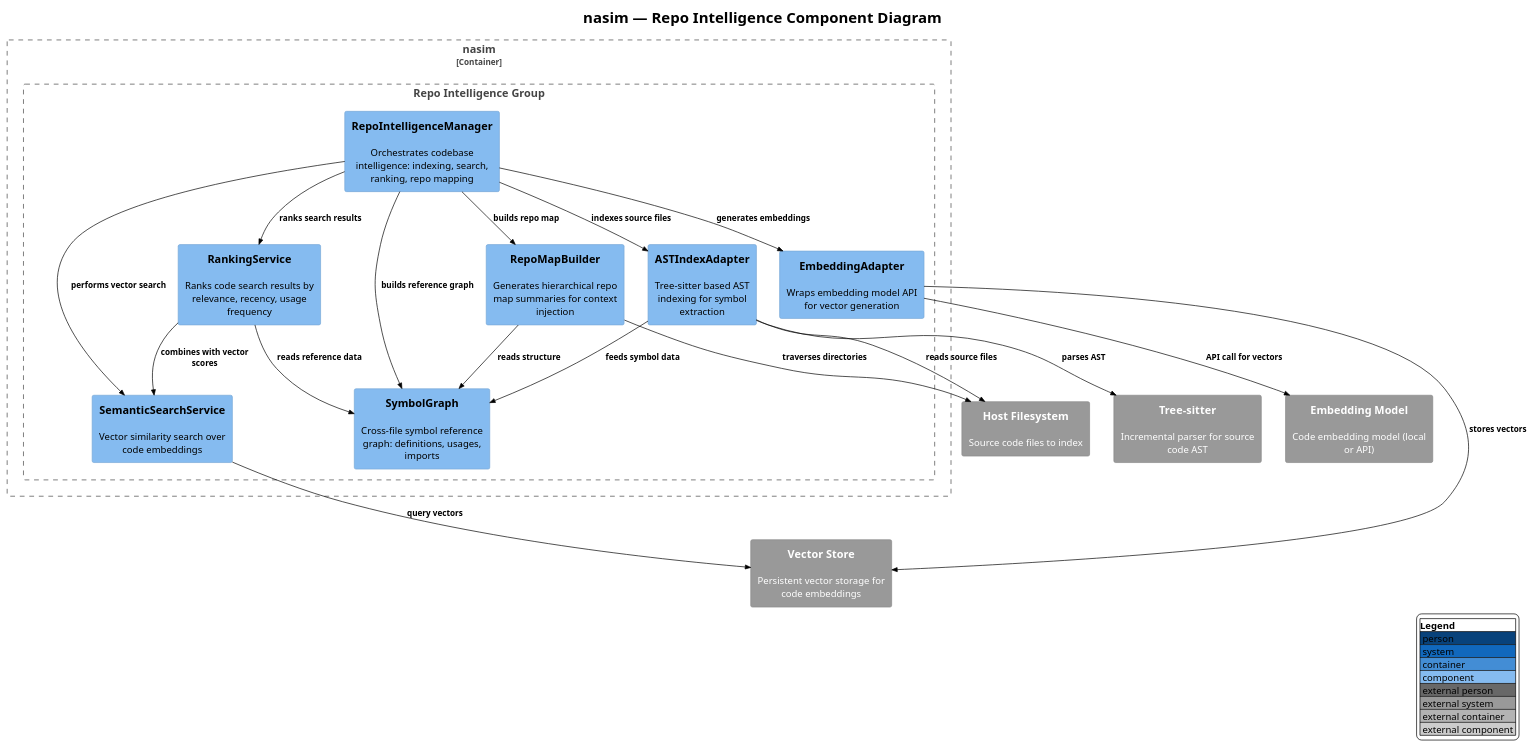
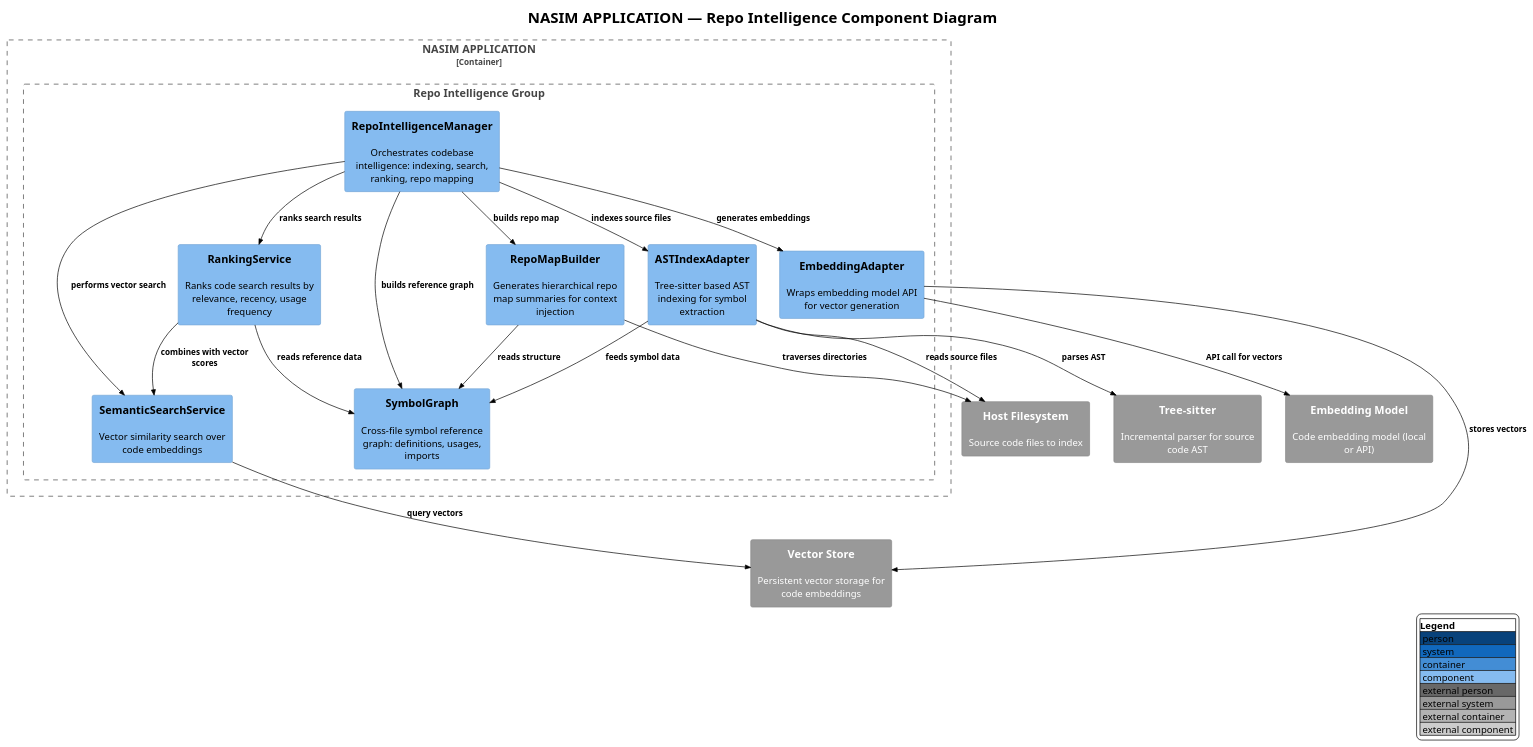
Before and after one commit to salimnamvar/nasim: the diagram in docs/C4/c4_nasim_component_repo_intelligence.puml, drawn with PlantUML. The commit also changed 21 other files, not shown here.

Commit message:
docs: Update C4 diagrams to reflect NASIM APPLICATION branding and improve consistency

```diff
--- a/docs/C4/c4_nasim_component_repo_intelligence.puml
+++ b/docs/C4/c4_nasim_component_repo_intelligence.puml
@@ -1,53 +1,53 @@
 @startuml c4_nasim_component_repo_intelligence
 !include https://raw.githubusercontent.com/plantuml-stdlib/C4-PlantUML/v2.10.0/C4_Component.puml
 !theme plain
 
 
 ' ============================================================
-' Title:     nasim — Repo Intelligence Component Diagram
-' Boundary:  nasim (container) — Repo Intelligence Group
+' Title:     NASIM APPLICATION — Repo Intelligence Component Diagram
+' Boundary:  NASIM APPLICATION (container) — Repo Intelligence Group
 ' Purpose:   Codebase intelligence: AST indexing, symbol graph, semantic search, repo mapping
 ' Milestone: v1.0
 ' Version:   9.0.0
 ' Source:    docs/audit/audit.2026.06.20.deep.domain.audit.md
 ' Review:    —
 ' ============================================================
 
 LAYOUT_WITH_LEGEND()
-title nasim — Repo Intelligence Component Diagram
+title NASIM APPLICATION — Repo Intelligence Component Diagram
 
-Container_Boundary(nasim, "nasim") {
+Container_Boundary(nasim_application, "NASIM APPLICATION") {
     Boundary(repo_intel_group, "Repo Intelligence Group") {
         Component(repo_intel_mgr, "RepoIntelligenceManager", "", "Orchestrates codebase intelligence: indexing, search, ranking, repo mapping")
         Component(ast_index_adapter, "ASTIndexAdapter", "", "Tree-sitter based AST indexing for symbol extraction")
         Component(symbol_graph, "SymbolGraph", "", "Cross-file symbol reference graph: definitions, usages, imports")
         Component(ranking_service, "RankingService", "", "Ranks code search results by relevance, recency, usage frequency")
         Component(embedding_adapter, "EmbeddingAdapter", "", "Wraps embedding model API for vector generation")
         Component(semantic_search_svc, "SemanticSearchService", "", "Vector similarity search over code embeddings")
         Component(repo_map_builder, "RepoMapBuilder", "", "Generates hierarchical repo map summaries for context injection")
     }
 }
 
 System_Ext(tree_sitter, "Tree-sitter", "Incremental parser for source code AST")
 System_Ext(embedding_model, "Embedding Model", "Code embedding model (local or API)")
 System_Ext(vector_store, "Vector Store", "Persistent vector storage for code embeddings")
 System_Ext(host_fs, "Host Filesystem", "Source code files to index")
 
 Rel(repo_intel_mgr, ast_index_adapter, "indexes source files")
 Rel(repo_intel_mgr, symbol_graph, "builds reference graph")
 Rel(repo_intel_mgr, ranking_service, "ranks search results")
 Rel(repo_intel_mgr, embedding_adapter, "generates embeddings")
 Rel(repo_intel_mgr, semantic_search_svc, "performs vector search")
 Rel(repo_intel_mgr, repo_map_builder, "builds repo map")
 Rel(ast_index_adapter, tree_sitter, "parses AST")
 Rel(ast_index_adapter, symbol_graph, "feeds symbol data")
 Rel(ast_index_adapter, host_fs, "reads source files")
 Rel(embedding_adapter, embedding_model, "API call for vectors")
 Rel(embedding_adapter, vector_store, "stores vectors")
 Rel(semantic_search_svc, vector_store, "query vectors")
 Rel(ranking_service, symbol_graph, "reads reference data")
 Rel(ranking_service, semantic_search_svc, "combines with vector scores")
 Rel(repo_map_builder, symbol_graph, "reads structure")
 Rel(repo_map_builder, host_fs, "traverses directories")
 
 @enduml
```
